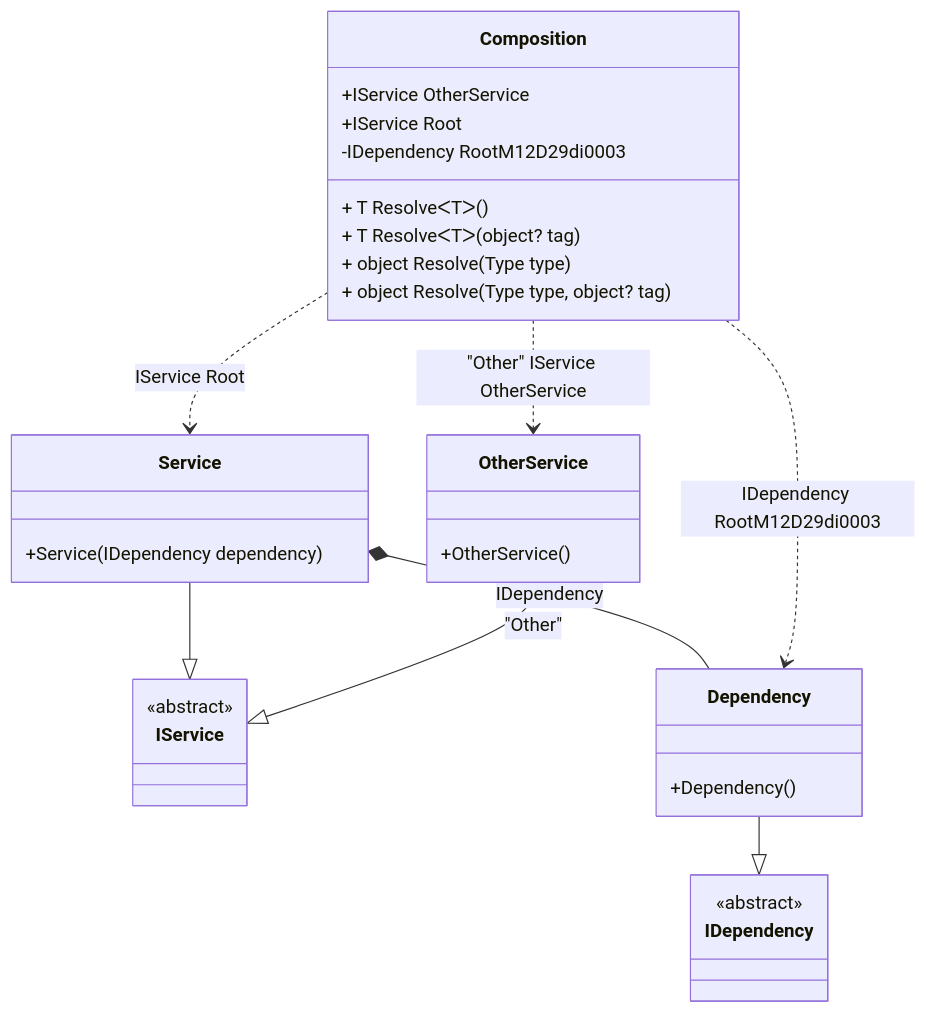
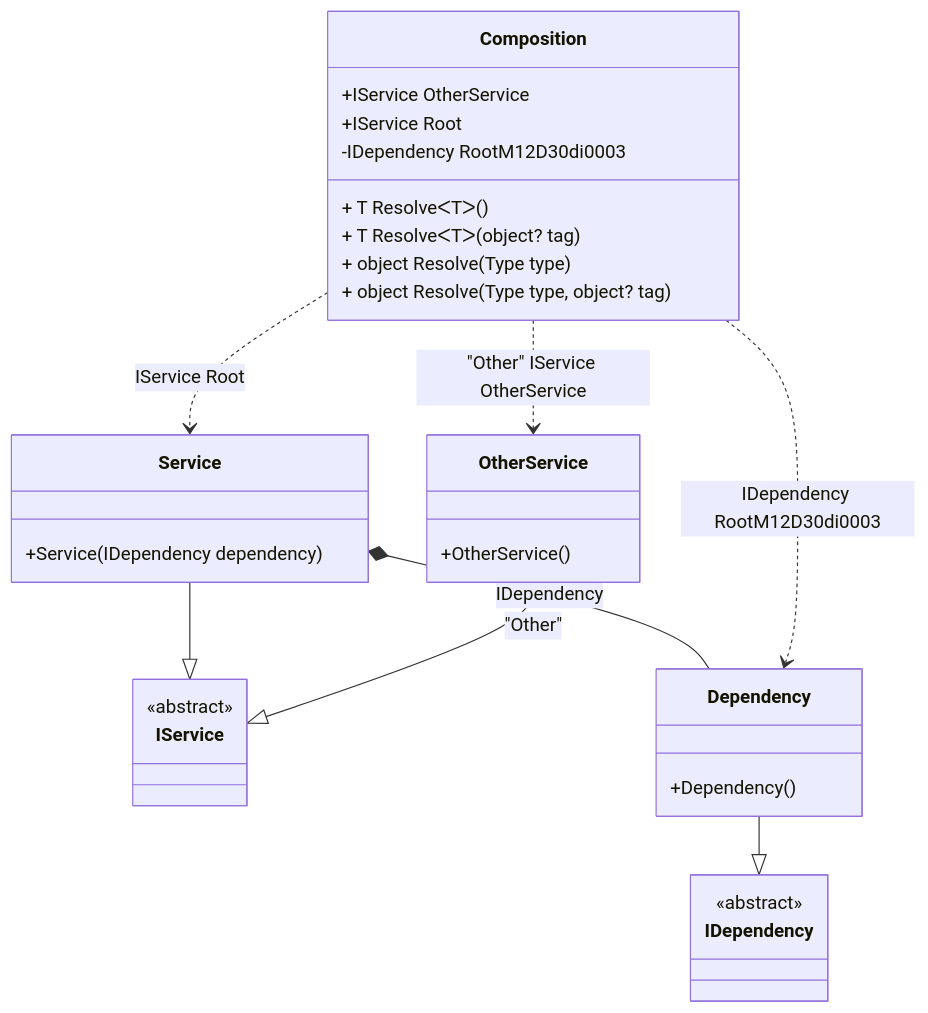
One commit to DevTeam/Pure.DI changed the diagram in readme/composition-roots.md. Above: the diagram before and after it, drawn with Mermaid. The commit also changed 36 other files, not shown here.

````diff
--- a/readme/composition-roots.md
+++ b/readme/composition-roots.md
@@ -43,34 +43,34 @@
 ```mermaid
 classDiagram
   class Composition {
     +IService OtherService
     +IService Root
-    -IDependency RootM12D29di0003
+    -IDependency RootM12D30di0003
     + T ResolveᐸTᐳ()
     + T ResolveᐸTᐳ(object? tag)
     + object Resolve(Type type)
     + object Resolve(Type type, object? tag)
   }
   Service --|> IService : 
   class Service {
     +Service(IDependency dependency)
   }
   OtherService --|> IService : "Other" 
   class OtherService {
     +OtherService()
   }
   Dependency --|> IDependency : 
   class Dependency {
     +Dependency()
   }
   class IService {
     <<abstract>>
   }
   class IDependency {
     <<abstract>>
   }
   Service *--  Dependency : IDependency
   Composition ..> Service : IService Root
   Composition ..> OtherService : "Other" IService OtherService
-  Composition ..> Dependency : IDependency RootM12D29di0003
+  Composition ..> Dependency : IDependency RootM12D30di0003
 ```
````
